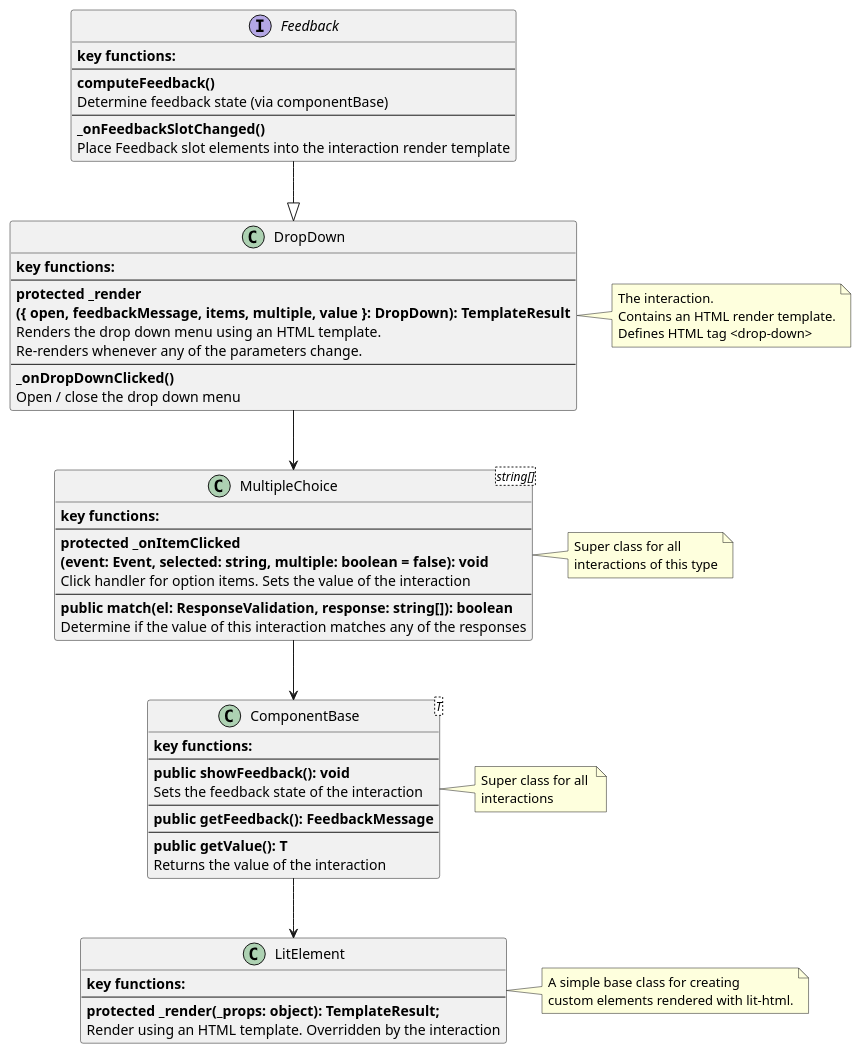
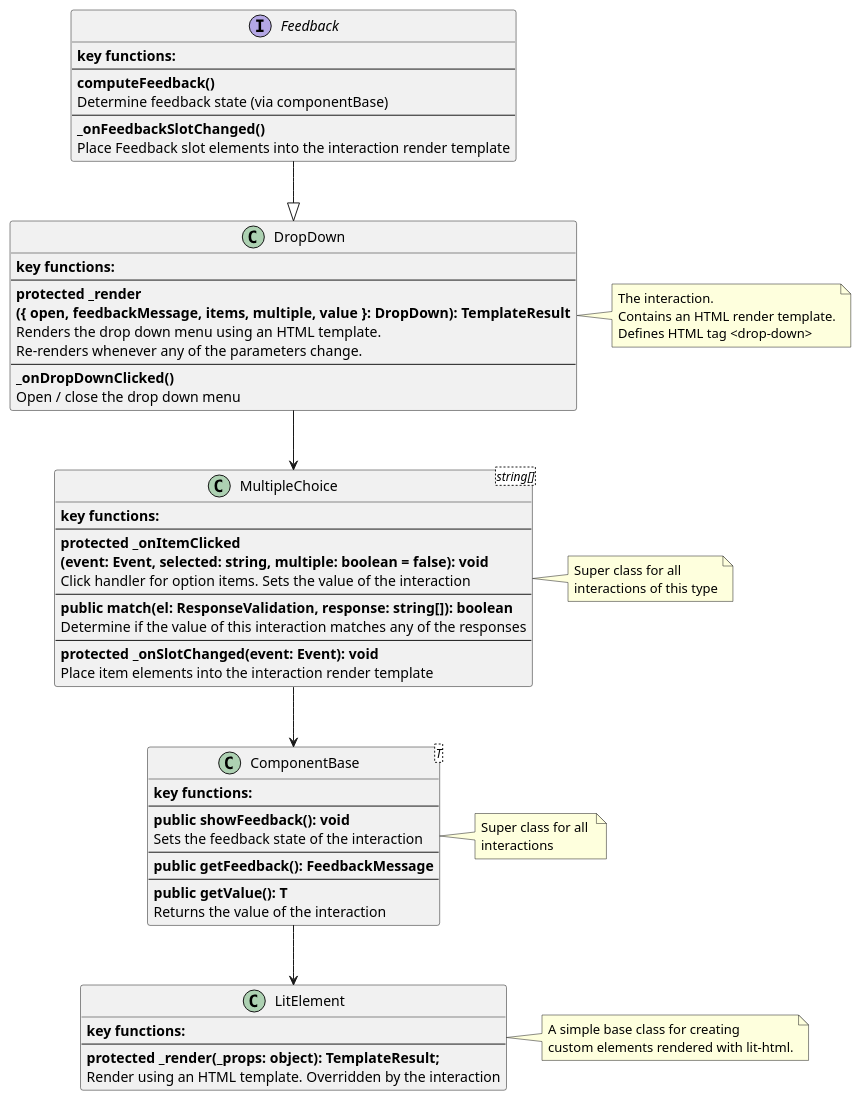
Before and after one commit to lulzzz/mtl-assessment-components: the diagram in packages/drop-down/class-diagram-uml.wsd, drawn with PlantUML. The commit also changed other lines of this file and 1 other file, not shown here.

Commit message:
process diagram

```diff
--- a/packages/drop-down/class-diagram-uml.wsd
+++ b/packages/drop-down/class-diagram-uml.wsd
@@ -1,61 +3,64 @@
 @startuml drop-down
 
 interface Feedback {
     <b>key functions:</b>
     --
     <b>computeFeedback()</b>
     Determine feedback state (via componentBase)
     --
     <b>_onFeedbackSlotChanged()</b>
     Place Feedback slot elements into the interaction render template
 }
 
 Feedback --|> DropDown
 
 note right of DropDown: The interaction.\nContains an HTML render template.\nDefines HTML tag <drop-down>  
 class DropDown {
     <b>key functions:</b>
     --
     <b>protected _render\n<b>({ open, feedbackMessage, items, multiple, value }: DropDown): TemplateResult</b>
     Renders the drop down menu using an HTML template.
     Re-renders whenever any of the parameters change.
     --
     <b>_onDropDownClicked()</b> 
     Open / close the drop down menu
 }
 
 DropDown --> MultipleChoice
 note right of MultipleChoice: Super class for all \ninteractions of this type 
 class MultipleChoice<string[]>  {
     <b>key functions:</b>
     --
     <b>protected _onItemClicked\n<b>(event: Event, selected: string, multiple: boolean = false): void</b>\nClick handler for option items. Sets the value of the interaction
     --
     <b>public match(el: ResponseValidation, response: string[]): boolean</b>
     Determine if the value of this interaction matches any of the responses
+    --
+    <b>protected _onSlotChanged(event: Event): void</b>
+    Place item elements into the interaction render template
 }
 
 MultipleChoice --> ComponentBase
 note right of ComponentBase: Super class for all \ninteractions
 class ComponentBase<T> {
     <b>key functions:</b>
     --
     <b>public showFeedback(): void</b>
     Sets the feedback state of the interaction
     --
     <b>public getFeedback(): FeedbackMessage</b>
     --
     <b>public getValue(): T</b>
     Returns the value of the interaction
 }
 
 ComponentBase --> LitElement
 note right of LitElement: A simple base class for creating\ncustom elements rendered with lit-html.
 class LitElement {
     <b>key functions:</b>
     --
     <b>protected _render(_props: object): TemplateResult;</b>
     Render using an HTML template. Overridden by the interaction
 }
 
 @enduml
```
